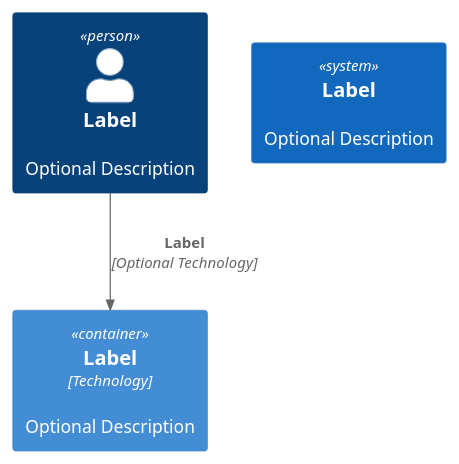
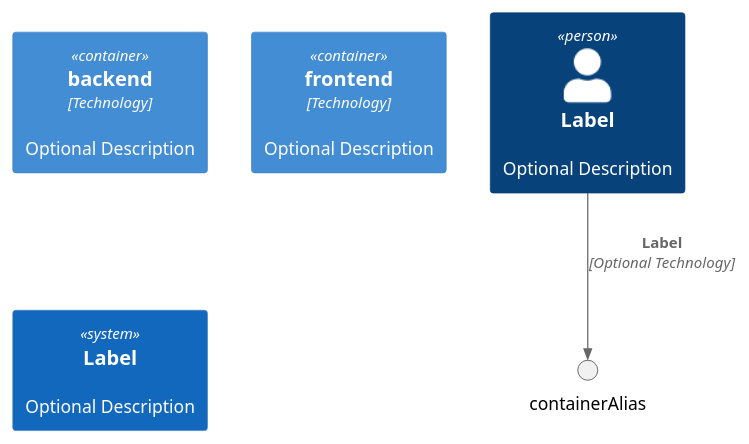
Before and after one commit to sws144/quant-trading: the diagram in P1-AnalyzeTrades/README_C2.puml, drawn with PlantUML. The commit also changed 4 other files, not shown here.

```diff
--- a/P1-AnalyzeTrades/README_C2.puml
+++ b/P1-AnalyzeTrades/README_C2.puml
@@ -1,9 +1,11 @@
-@startuml C4_Elements
+@startuml C2_Containers
 !include https://raw.githubusercontent.com/plantuml-stdlib/C4-PlantUML/master/C4_Container.puml
 
 Person(personAlias, "Label", "Optional Description")
-Container(containerAlias, "Label", "Technology", "Optional Description")
+Container(backend, "backend", "Technology", "Optional Description")
+Container(frontend, "frontend", "Technology", "Optional Description")
 System(systemAlias, "Label", "Optional Description")
 
 Rel(personAlias, containerAlias, "Label", "Optional Technology")
+
 @enduml
```
